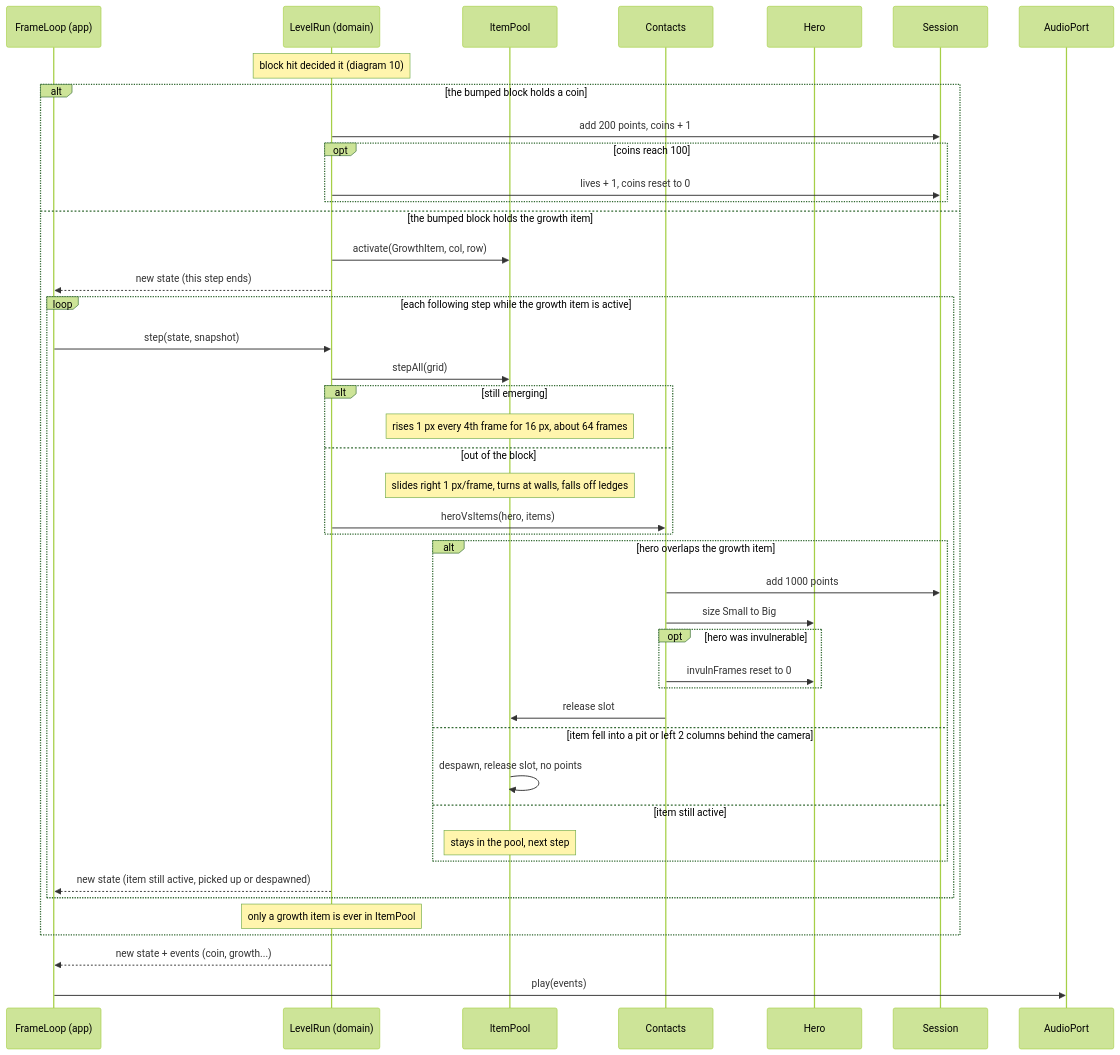
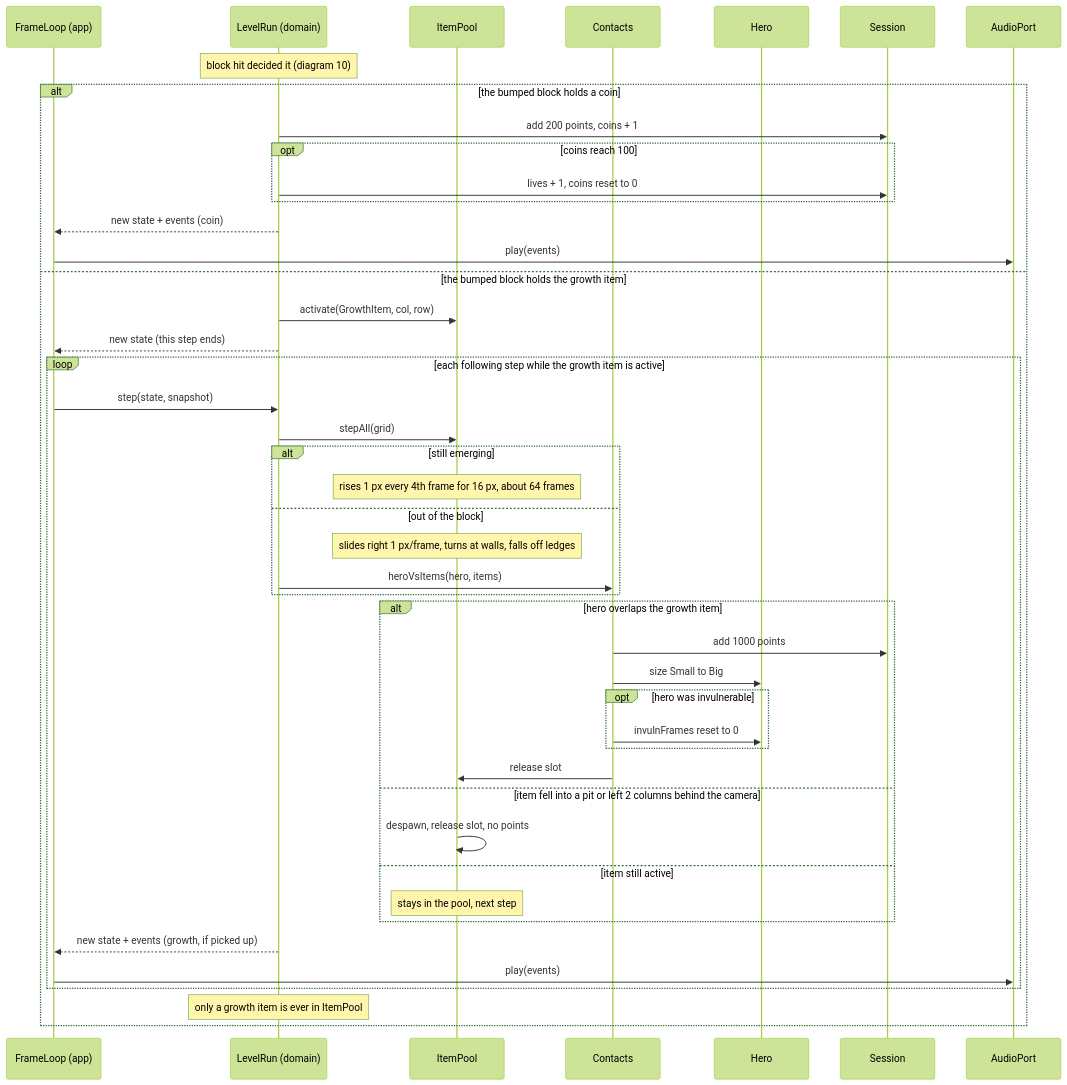
Before and after one commit to benoit-bremaud/retro-plumber: the diagram in docs/architecture/diagrams/gameplay/11-sequence-item-pickup.md, drawn with Mermaid (forest theme).

Commit message:
docs(uml): return pickup events in the terminal item step (11) (#7)

````diff
--- a/docs/architecture/diagrams/gameplay/11-sequence-item-pickup.md
+++ b/docs/architecture/diagrams/gameplay/11-sequence-item-pickup.md
@@ -13,46 +13,47 @@
 ```mermaid
 sequenceDiagram
     participant FL as FrameLoop (app)
     participant LR as LevelRun (domain)
     participant IP as ItemPool
     participant Ct as Contacts
     participant H as Hero
     participant Sess as Session
     participant Snd as AudioPort
     Note over LR: block hit decided it (diagram 10)
     alt the bumped block holds a coin
         LR->>Sess: add 200 points, coins + 1
         opt coins reach 100
             LR->>Sess: lives + 1, coins reset to 0
         end
+        LR-->>FL: new state + events (coin)
+        FL->>Snd: play(events)
     else the bumped block holds the growth item
         LR->>IP: activate(GrowthItem, col, row)
         LR-->>FL: new state (this step ends)
         loop each following step while the growth item is active
             FL->>LR: step(state, snapshot)
             LR->>IP: stepAll(grid)
             alt still emerging
                 Note over IP: rises 1 px every 4th frame for 16 px, about 64 frames
             else out of the block
                 Note over IP: slides right 1 px/frame, turns at walls, falls off ledges
                 LR->>Ct: heroVsItems(hero, items)
             end
             alt hero overlaps the growth item
                 Ct->>Sess: add 1000 points
                 Ct->>H: size Small to Big
                 opt hero was invulnerable
                     Ct->>H: invulnFrames reset to 0
                 end
                 Ct->>IP: release slot
             else item fell into a pit or left 2 columns behind the camera
                 IP->>IP: despawn, release slot, no points
             else item still active
                 Note over IP: stays in the pool, next step
             end
-            LR-->>FL: new state (item still active, picked up or despawned)
+            LR-->>FL: new state + events (growth, if picked up)
+            FL->>Snd: play(events)
         end
         Note over LR: only a growth item is ever in ItemPool
     end
-    LR-->>FL: new state + events (coin, growth...)
-    FL->>Snd: play(events)
 ```
````
